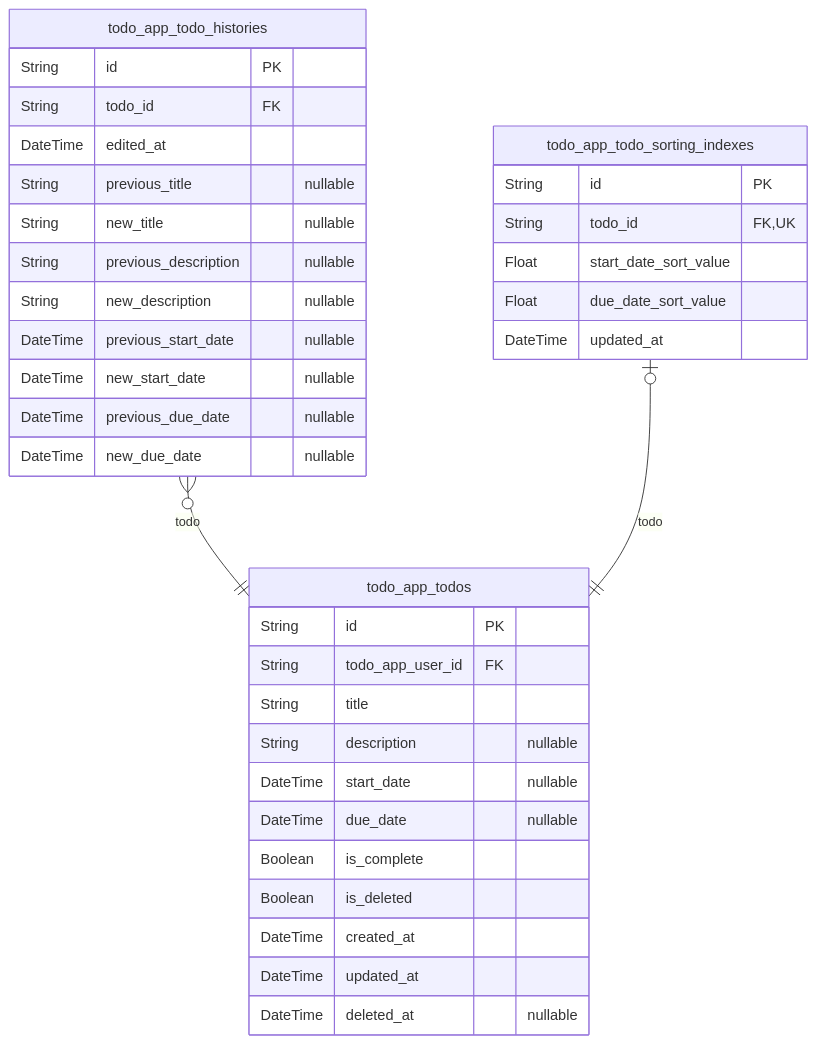
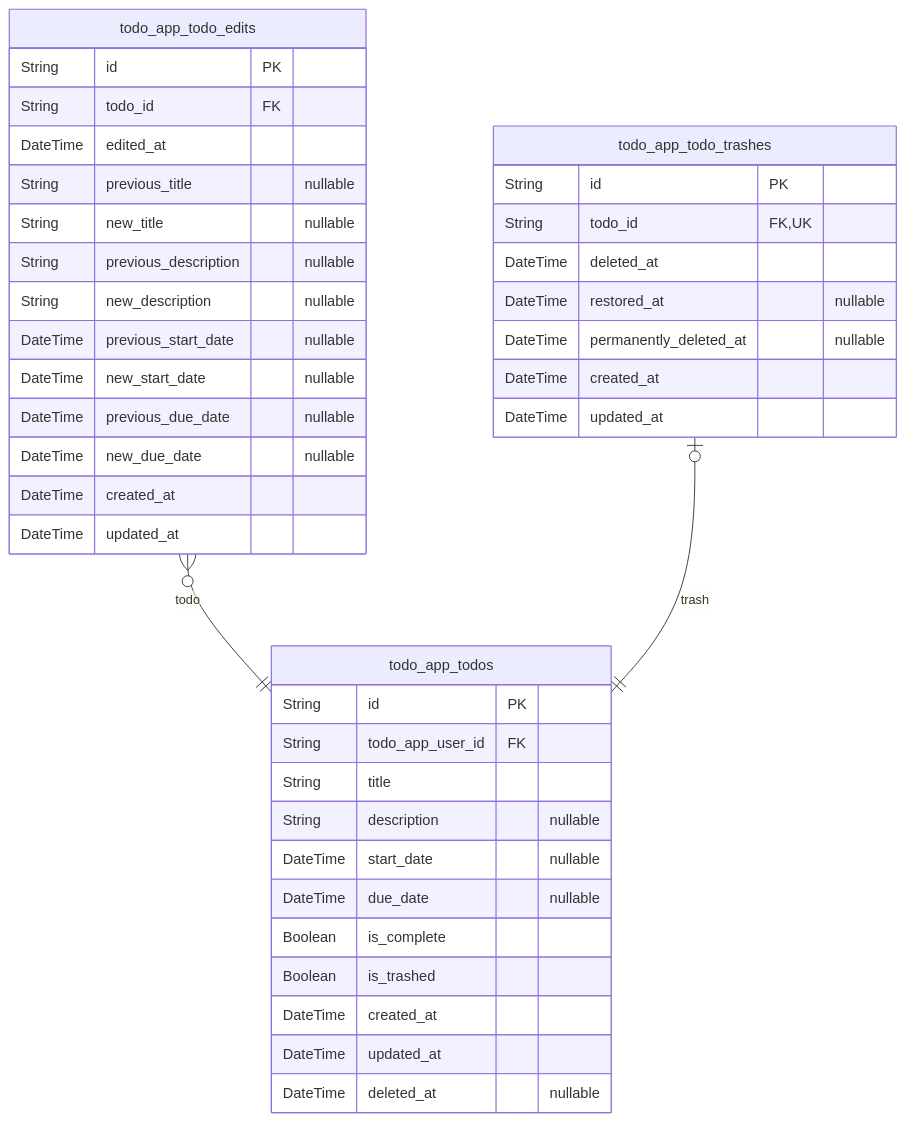
Before and after one commit to wrtnlabs/autobe-examples: the fourth of 5 diagrams in qwen/qwen3-coder-next/todo/docs/ERD.md, drawn with Mermaid. The commit also changed other lines of this file and 17098 other files, not shown here.

````diff
--- a/qwen/qwen3-coder-next/todo/docs/ERD.md
+++ b/qwen/qwen3-coder-next/todo/docs/ERD.md
@@ -107,38 +303,42 @@
 ```mermaid
 erDiagram
 "todo_app_todos" {
   String id PK
   String todo_app_user_id FK
   String title
   String description "nullable"
   DateTime start_date "nullable"
   DateTime due_date "nullable"
   Boolean is_complete
-  Boolean is_deleted
+  Boolean is_trashed
   DateTime created_at
   DateTime updated_at
   DateTime deleted_at "nullable"
 }
-"todo_app_todo_histories" {
+"todo_app_todo_edits" {
   String id PK
   String todo_id FK
   DateTime edited_at
   String previous_title "nullable"
   String new_title "nullable"
   String previous_description "nullable"
   String new_description "nullable"
   DateTime previous_start_date "nullable"
   DateTime new_start_date "nullable"
   DateTime previous_due_date "nullable"
   DateTime new_due_date "nullable"
+  DateTime created_at
+  DateTime updated_at
 }
-"todo_app_todo_sorting_indexes" {
+"todo_app_todo_trashes" {
   String id PK
   String todo_id FK,UK
-  Float start_date_sort_value
-  Float due_date_sort_value
+  DateTime deleted_at
+  DateTime restored_at "nullable"
+  DateTime permanently_deleted_at "nullable"
+  DateTime created_at
   DateTime updated_at
 }
-"todo_app_todo_histories" }o--|| "todo_app_todos" : todo
-"todo_app_todo_sorting_indexes" |o--|| "todo_app_todos" : todo
+"todo_app_todo_edits" }o--|| "todo_app_todos" : todo
+"todo_app_todo_trashes" |o--|| "todo_app_todos" : trash
 ```
````
